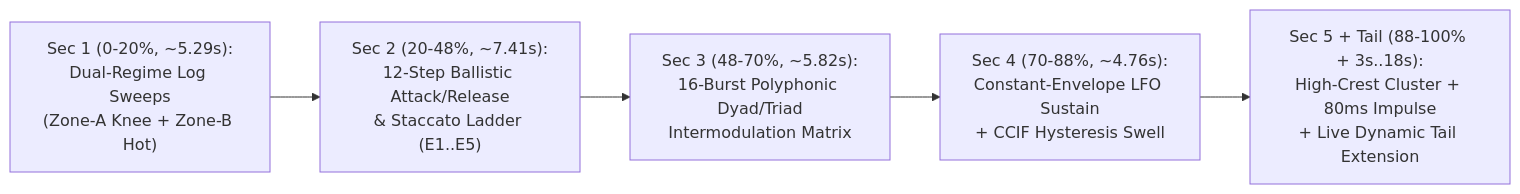
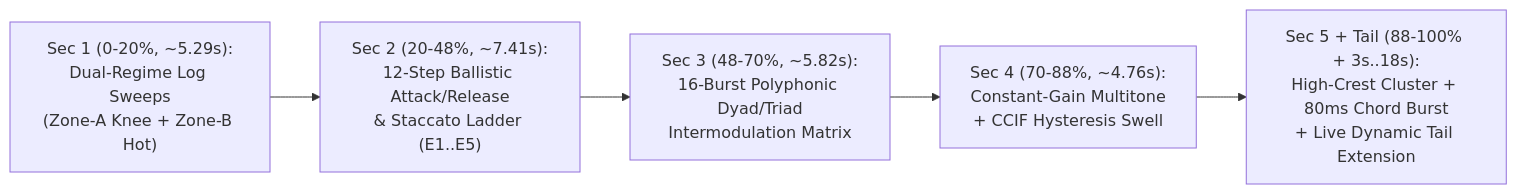
Before and after one commit to dnam-project/dnam: the second of 2 diagrams in docs/training/capture_and_alignment.md, drawn with Mermaid. The commit also changed other lines of this file and 105 other files, not shown here.

````diff
--- a/docs/training/capture_and_alignment.md
+++ b/docs/training/capture_and_alignment.md
@@ -71,7 +70,7 @@
 ```mermaid
 flowchart LR
     S1["Sec 1 (0-20%, ~5.29s):<br/>Dual-Regime Log Sweeps<br/>(Zone-A Knee + Zone-B Hot)"] --> S2["Sec 2 (20-48%, ~7.41s):<br/>12-Step Ballistic Attack/Release<br/>& Staccato Ladder (E1..E5)"]
     S2 --> S3["Sec 3 (48-70%, ~5.82s):<br/>16-Burst Polyphonic Dyad/Triad<br/>Intermodulation Matrix"]
-    S3 --> S4["Sec 4 (70-88%, ~4.76s):<br/>Constant-Envelope LFO Sustain<br/>+ CCIF Hysteresis Swell"]
-    S4 --> S5["Sec 5 + Tail (88-100% + 3s..18s):<br/>High-Crest Cluster + 80ms Impulse<br/>+ Live Dynamic Tail Extension"]
+    S3 --> S4["Sec 4 (70-88%, ~4.76s):<br/>Constant-Gain Multitone<br/>+ CCIF Hysteresis Swell"]
+    S4 --> S5["Sec 5 + Tail (88-100% + 3s..18s):<br/>High-Crest Cluster + 80ms Chord Burst<br/>+ Live Dynamic Tail Extension"]
 ```
````
